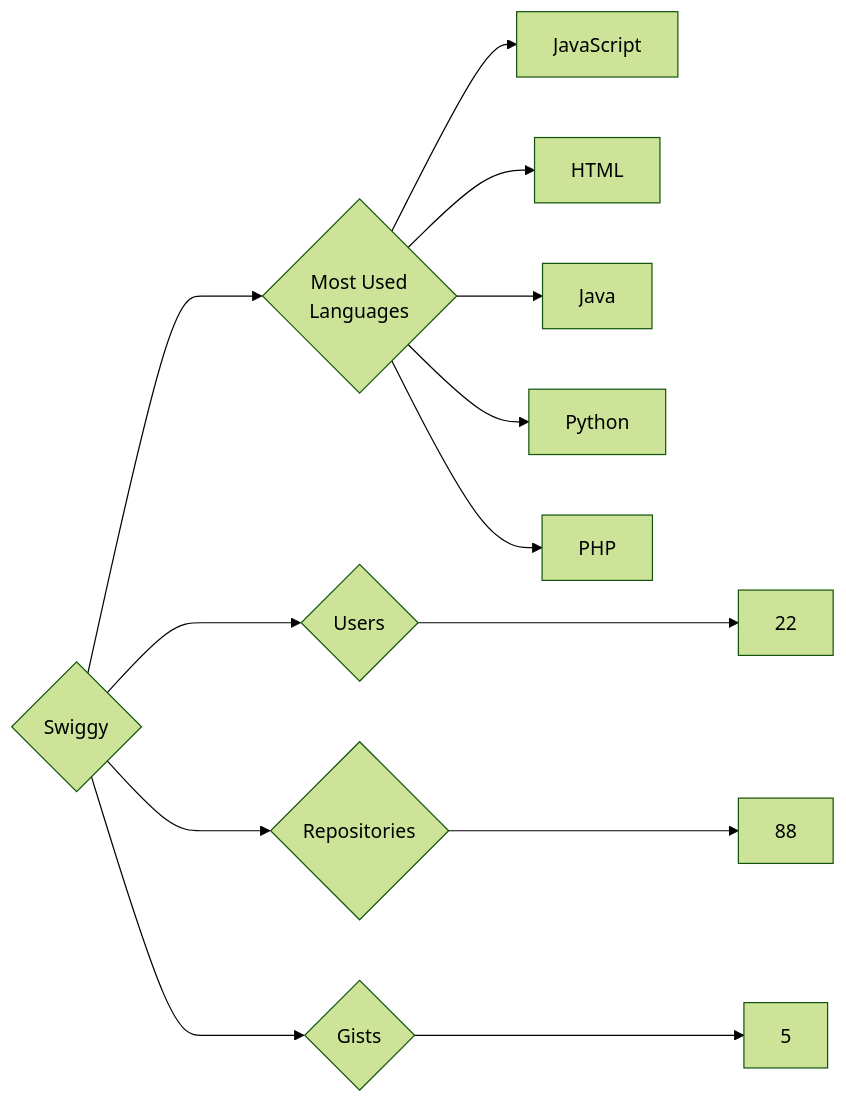
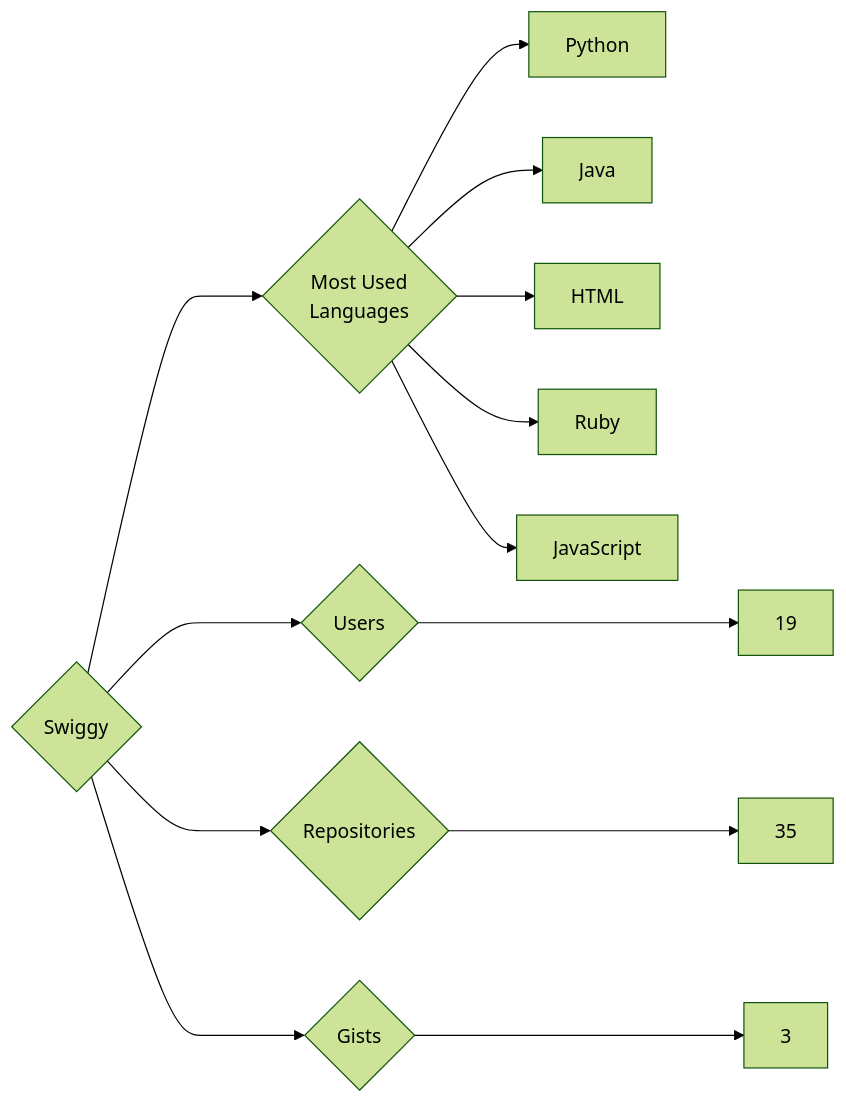
One commit to trickest/insiders changed the diagram in targets/Swiggy/README.md. Above: the diagram before and after it, drawn with Mermaid (forest theme). The commit also changed 928 other files, not shown here.

````diff
--- a/targets/Swiggy/README.md
+++ b/targets/Swiggy/README.md
@@ -3,13 +3,13 @@
 ```mermaid
 graph LR
 COMPANY_NAME{Swiggy}
-COMPANY_NAME ---> U{Users} ---> UN[22]
-COMPANY_NAME ---> R{Repositories} ---> RN[88]
-COMPANY_NAME ---> G{Gists} ---> GN[5]
+COMPANY_NAME ---> U{Users} ---> UN[19]
+COMPANY_NAME ---> R{Repositories} ---> RN[35]
+COMPANY_NAME ---> G{Gists} ---> GN[3]
 COMPANY_NAME ---> ML{Most Used<br>Languages}
+ML --> Python[Python]
+ML --> Java[Java]
+ML --> HTML[HTML]
+ML --> Ruby[Ruby]
 ML --> JavaScript[JavaScript]
-ML --> HTML[HTML]
-ML --> Java[Java]
-ML --> Python[Python]
-ML --> PHP[PHP]
 ```
````
